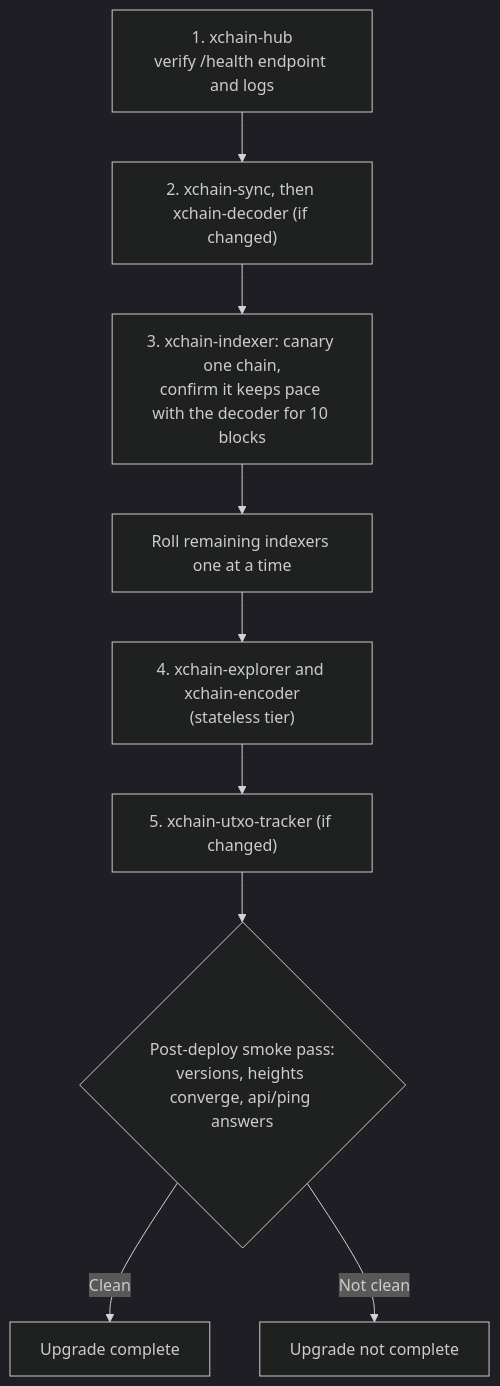
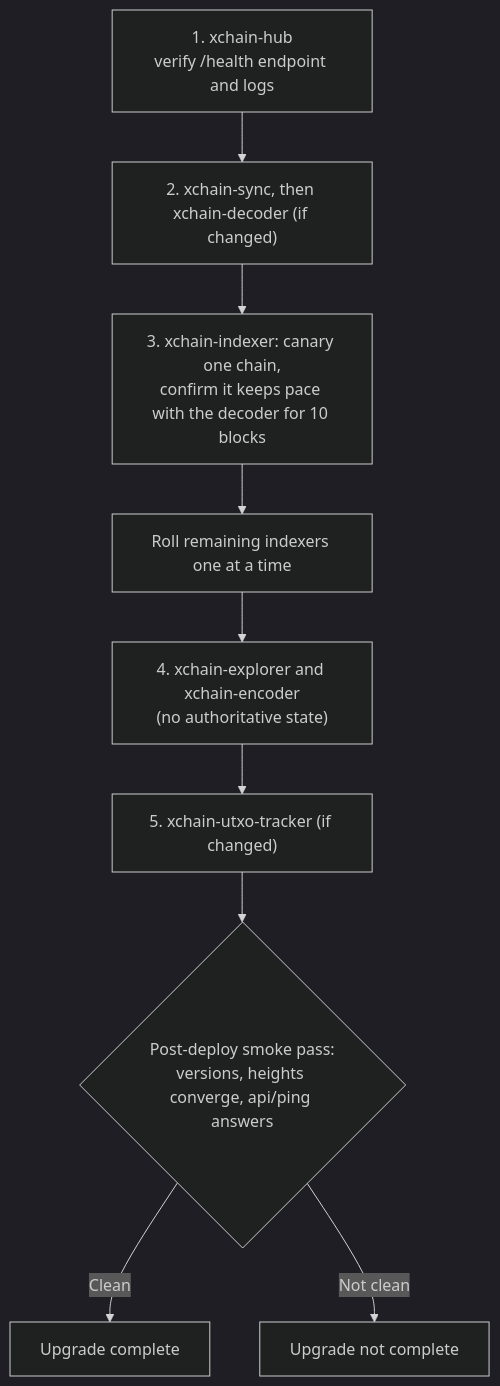
The diagram in operations/upgrading.md (XChain-Platform/xchain-documentation), drawn with Mermaid (dark theme) before and after one commit. The commit also changed other lines of this file and 55 other files, not shown here.

````diff
--- a/operations/upgrading.md
+++ b/operations/upgrading.md
@@ -167,11 +167,11 @@
 ```mermaid
 flowchart TD
     A["1. xchain-hub<br>verify /health endpoint and logs"] --> B["2. xchain-sync, then xchain-decoder (if changed)"]
     B --> C["3. xchain-indexer: canary one chain,<br>confirm it keeps pace with the decoder for 10 blocks"]
     C --> D["Roll remaining indexers one at a time"]
-    D --> E["4. xchain-explorer and xchain-encoder<br>(stateless tier)"]
+    D --> E["4. xchain-explorer and xchain-encoder<br>(no authoritative state)"]
     E --> F["5. xchain-utxo-tracker (if changed)"]
     F --> G{"Post-deploy smoke pass:<br>versions, heights converge, api/ping answers"}
     G -->|"Clean"| H["Upgrade complete"]
     G -->|"Not clean"| I["Upgrade not complete"]
 ```
````
